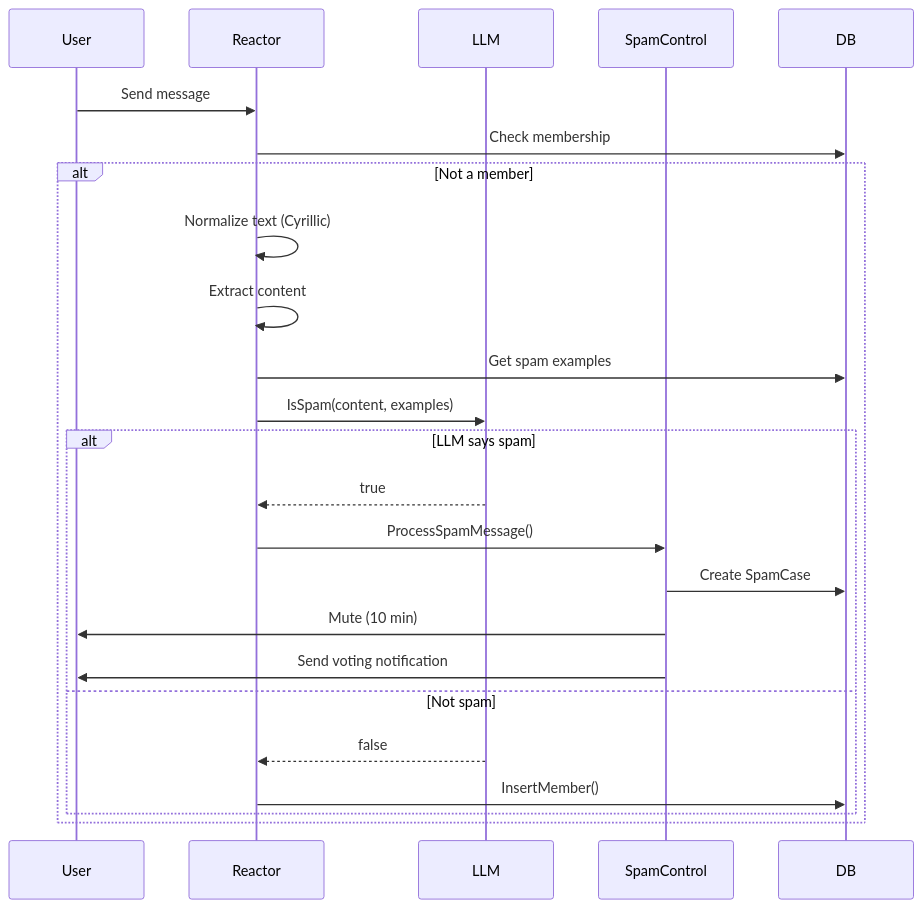
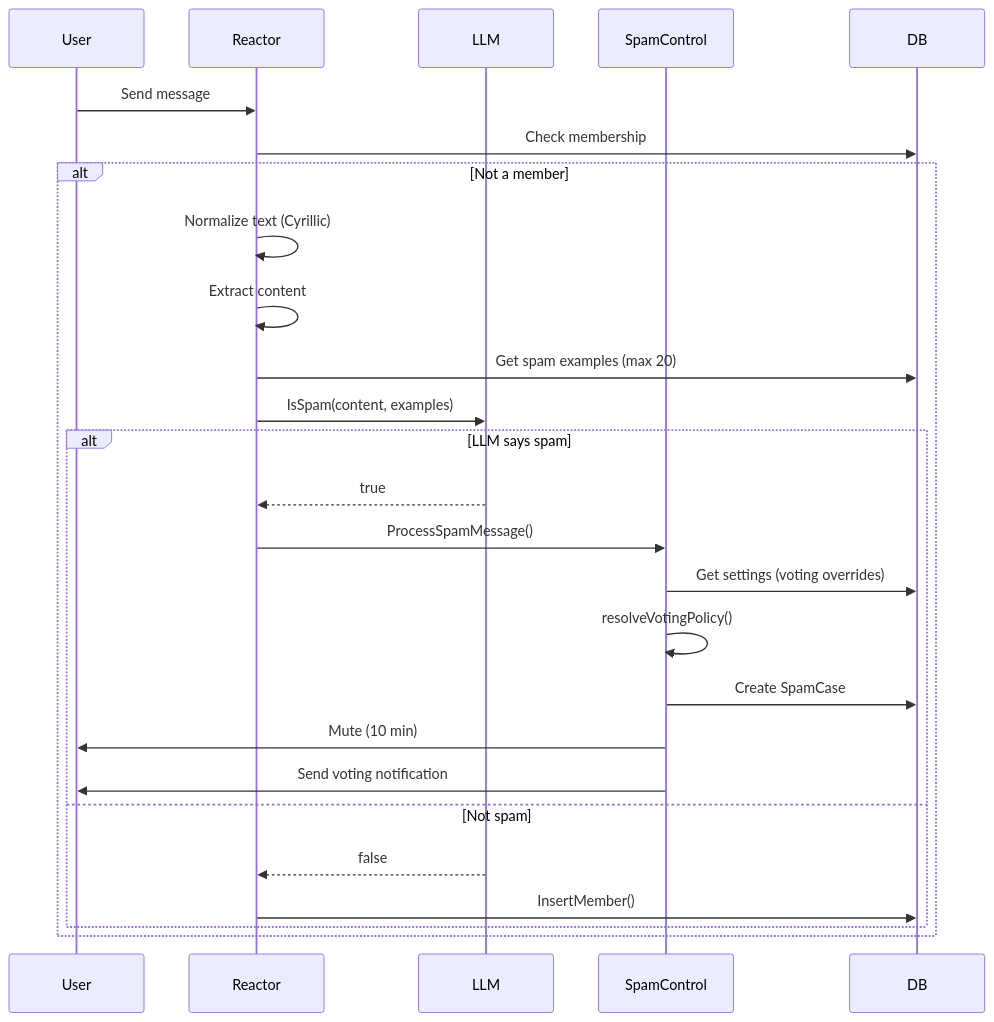
Before and after one commit to iamwavecut/ngbot: the fourth of 6 diagrams in docs/CODEBASE_MAP.md, drawn with Mermaid. The commit also changed other lines of this file and 18 other files, not shown here.

Commit message:
feat: expand admin panel settings with community voting options; introduce new UI elements for managing voting timeout, min voters, and max voters

````diff
--- a/docs/CODEBASE_MAP.md
+++ b/docs/CODEBASE_MAP.md
@@ -462,29 +511,31 @@
 ```mermaid
 sequenceDiagram
     participant User
     participant Reactor
     participant LLM
     participant SpamControl
     participant DB
 
     User->>Reactor: Send message
     Reactor->>DB: Check membership
 
     alt Not a member
         Reactor->>Reactor: Normalize text (Cyrillic)
         Reactor->>Reactor: Extract content
-        Reactor->>DB: Get spam examples
+        Reactor->>DB: Get spam examples (max 20)
         Reactor->>LLM: IsSpam(content, examples)
 
         alt LLM says spam
             LLM-->>Reactor: true
             Reactor->>SpamControl: ProcessSpamMessage()
+            SpamControl->>DB: Get settings (voting overrides)
+            SpamControl->>SpamControl: resolveVotingPolicy()
             SpamControl->>DB: Create SpamCase
             SpamControl->>User: Mute (10 min)
             SpamControl->>User: Send voting notification
         else Not spam
             LLM-->>Reactor: false
             Reactor->>DB: InsertMember()
         end
     end
 ```
````
